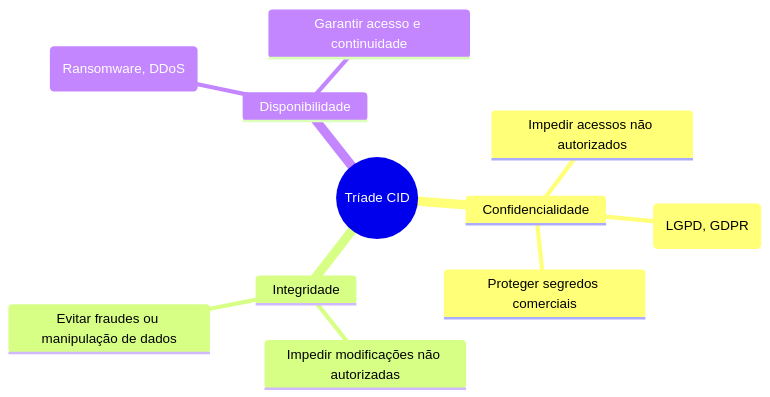
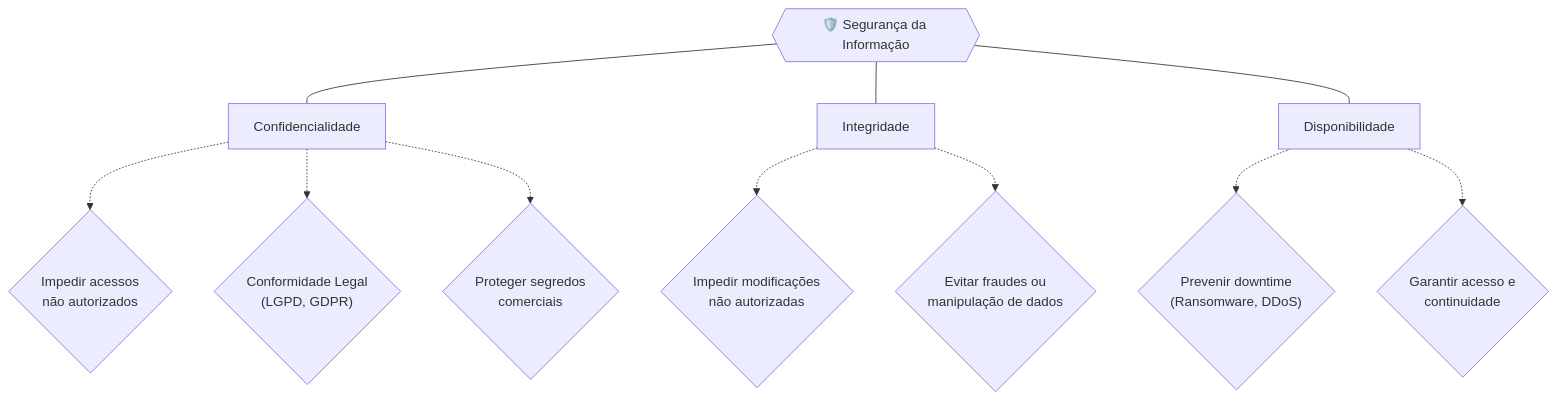
The first of 2 diagrams in README.md (carmipa/SECURITY_MANAGEMENT_IAM_SECURITY_E_VULNERABILIT_1SM_2026), drawn with Mermaid before and after one commit. The commit also changed other lines of this file, not shown here.

Commit message:
docs: update README.md charts for dark theme

````diff
--- a/README.md
+++ b/README.md
@@ -35,17 +35,18 @@
 ```mermaid
-mindmap
-  root((Tríade CID))
-    Confidencialidade
-      ::icon(fa fa-user-secret)
-      Impedir acessos não autorizados
-      Conformidade Legal (LGPD, GDPR)
-      Proteger segredos comerciais
-    Integridade
-      ::icon(fa fa-lock)
-      Impedir modificações não autorizadas
-      Evitar fraudes ou manipulação de dados
-    Disponibilidade
-      ::icon(fa fa-server)
-      Prevenir downtime (Ransomware, DDoS)
-      Garantir acesso e continuidade
+flowchart TD
+    A{{"🛡️ Segurança da Informação"}}
+    
+    A --- B["Confidencialidade"]
+    A --- C["Integridade"]
+    A --- D["Disponibilidade"]
+
+    B -.-> B1{"Impedir acessos<br>não autorizados"}
+    B -.-> B2{"Conformidade Legal<br>(LGPD, GDPR)"}
+    B -.-> B3{"Proteger segredos<br>comerciais"}
+
+    C -.-> C1{"Impedir modificações<br>não autorizadas"}
+    C -.-> C2{"Evitar fraudes ou<br>manipulação de dados"}
+
+    D -.-> D1{"Prevenir downtime<br>(Ransomware, DDoS)"}
+    D -.-> D2{"Garantir acesso e<br>continuidade"}
 ```
````
